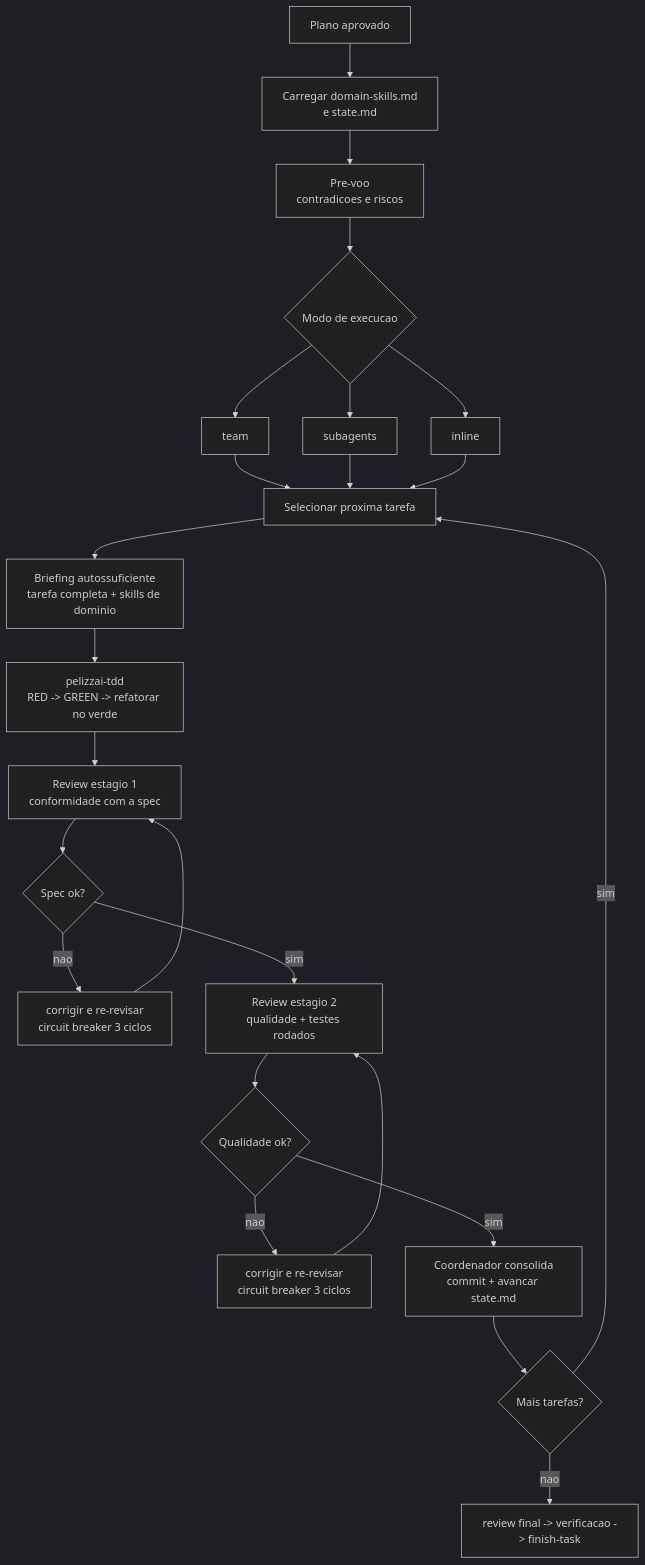
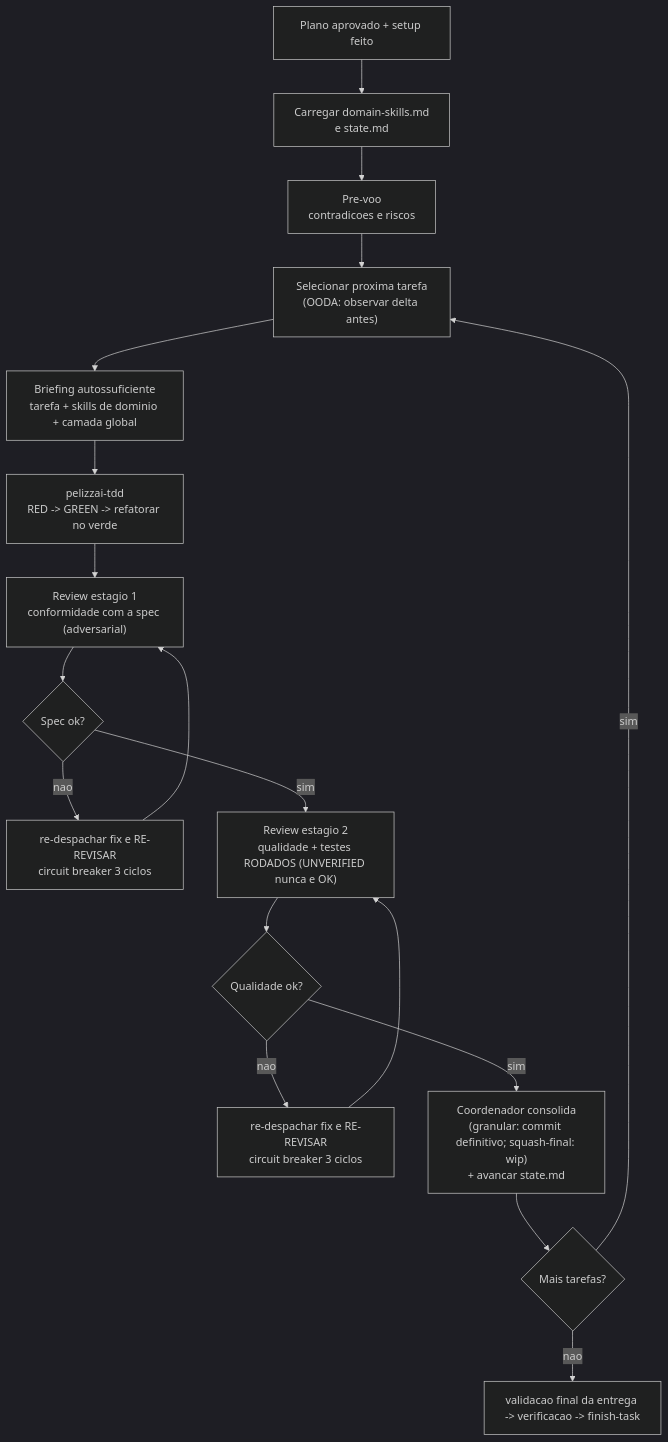
The seventh of 11 diagrams in README.md (rpelizza/PelizzAI), drawn with Mermaid (dark theme) before and after one commit. The commit also changed other lines of this file and 34 other files, not shown here.

````diff
--- a/README.md
+++ b/README.md
@@ -216,30 +248,23 @@
 ```mermaid
 flowchart TD
-    PLAN["Plano aprovado"] --> LOAD["Carregar domain-skills.md<br/>e state.md"]
+    PLAN["Plano aprovado + setup feito"] --> LOAD["Carregar domain-skills.md<br/>e state.md"]
     LOAD --> PRE["Pre-voo<br/>contradicoes e riscos"]
-    PRE --> MODE{"Modo de execucao"}
-    MODE --> TEAM["team"]
-    MODE --> SUB["subagents"]
-    MODE --> INLINE["inline"]
+    PRE --> TASK["Selecionar proxima tarefa<br/>(OODA: observar delta antes)"]
 
-    TEAM --> TASK["Selecionar proxima tarefa"]
-    SUB --> TASK
-    INLINE --> TASK
-
-    TASK --> BRIEF["Briefing autossuficiente<br/>tarefa completa + skills de dominio"]
+    TASK --> BRIEF["Briefing autossuficiente<br/>tarefa + skills de dominio + camada global"]
     BRIEF --> TDD["pelizzai-tdd<br/>RED -> GREEN -> refatorar no verde"]
-    TDD --> SPEC_RV["Review estagio 1<br/>conformidade com a spec"]
+    TDD --> SPEC_RV["Review estagio 1<br/>conformidade com a spec (adversarial)"]
     SPEC_RV --> SPEC_OK{"Spec ok?"}
-    SPEC_OK -- "nao" --> FIX1["corrigir e re-revisar<br/>circuit breaker 3 ciclos"]
+    SPEC_OK -- "nao" --> FIX1["re-despachar fix e RE-REVISAR<br/>circuit breaker 3 ciclos"]
     FIX1 --> SPEC_RV
 
-    SPEC_OK -- "sim" --> CODE_RV["Review estagio 2<br/>qualidade + testes rodados"]
+    SPEC_OK -- "sim" --> CODE_RV["Review estagio 2<br/>qualidade + testes RODADOS (UNVERIFIED nunca e OK)"]
     CODE_RV --> CODE_OK{"Qualidade ok?"}
-    CODE_OK -- "nao" --> FIX2["corrigir e re-revisar<br/>circuit breaker 3 ciclos"]
+    CODE_OK -- "nao" --> FIX2["re-despachar fix e RE-REVISAR<br/>circuit breaker 3 ciclos"]
     FIX2 --> CODE_RV
 
-    CODE_OK -- "sim" --> COMMIT["Coordenador consolida<br/>commit + avancar state.md"]
+    CODE_OK -- "sim" --> COMMIT["Coordenador consolida<br/>(granular: commit definitivo; squash-final: wip)<br/>+ avancar state.md"]
     COMMIT --> MORE{"Mais tarefas?"}
     MORE -- "sim" --> TASK
-    MORE -- "nao" --> FINAL["review final -> verificacao -> finish-task"]
+    MORE -- "nao" --> FINAL["validacao final da entrega -> verificacao -> finish-task"]
 ```
````
